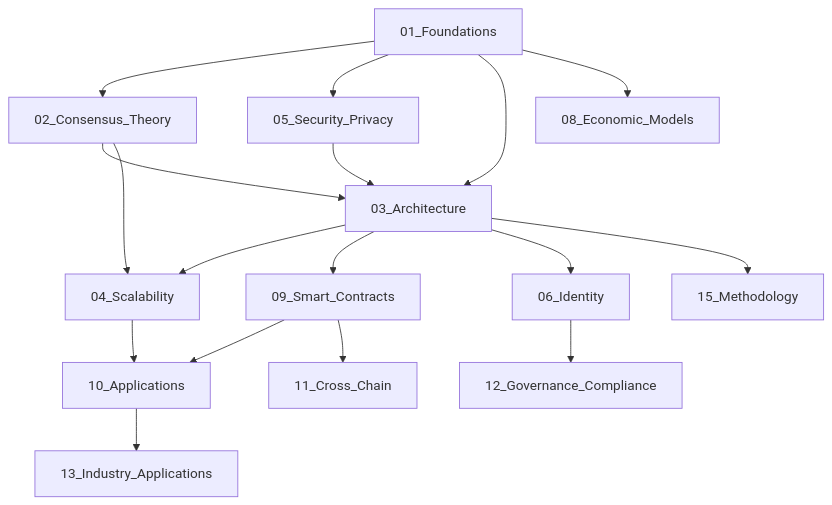
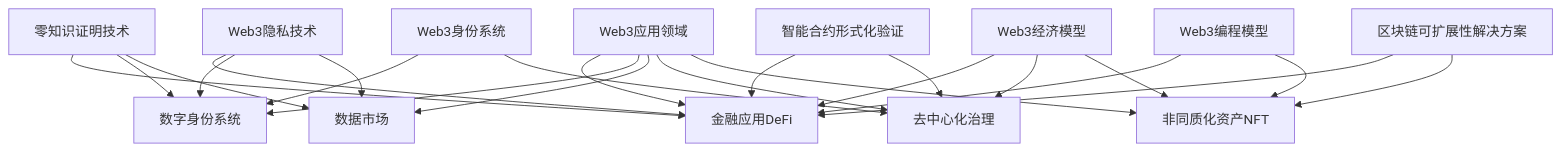
Before and after one commit to AdaMartin18010/web3: the third of 3 diagrams in docs/Analysis/00_Content_Relationship_Map.md, drawn with Mermaid. The commit also changed other lines of this file and 26 other files, not shown here.

````diff
--- a/docs/Analysis/00_Content_Relationship_Map.md
+++ b/docs/Analysis/00_Content_Relationship_Map.md
@@ -9,19 +146,32 @@
 ```mermaid
 graph TD
-    A[01_Foundations] --> B[02_Consensus_Theory]
-    A --> C[05_Security_Privacy]
-    A --> D[03_Architecture]
-    A --> E[08_Economic_Models]
-    B --> D
-    C --> D
-    B --> F[04_Scalability]
-    D --> F
-    D --> G[09_Smart_Contracts]
-    G --> H[10_Applications]
-    F --> H
-    G --> I[11_Cross_Chain]
-    D --> J[06_Identity]
-    J --> K[12_Governance_Compliance]
-    H --> L[13_Industry_Applications]
-    D --> M[15_Methodology]
+    A[Web3应用领域] --> B[金融应用DeFi]
+    A --> C[数字身份系统]
+    A --> D[数据市场]
+    A --> E[去中心化治理]
+    A --> F[非同质化资产NFT]
+    
+    G[零知识证明技术] --> B
+    G --> C
+    G --> D
+    
+    H[Web3隐私技术] --> B
+    H --> C
+    H --> D
+    
+    I[智能合约形式化验证] --> B
+    I --> E
+    
+    J[Web3编程模型] --> B
+    J --> F
+    
+    K[Web3身份系统] --> C
+    K --> E
+    
+    L[Web3经济模型] --> B
+    L --> E
+    L --> F
+    
+    M[区块链可扩展性解决方案] --> B
+    M --> F
 ```
````
